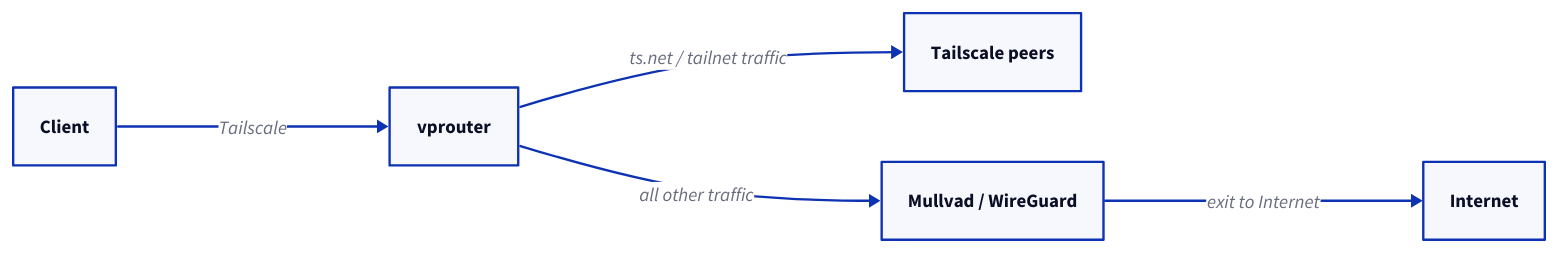
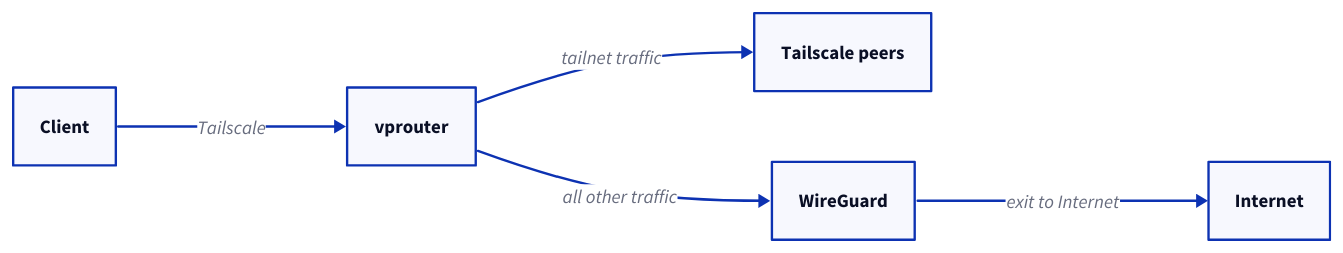
One commit to infinit1ve/vprouter changed the diagram in overview.d2. Above: the diagram before and after it, drawn with D2. The commit also changed 1 other file, not shown here.

Commit message:
Remove mention of Mullvad in the graphic

```diff
--- a/overview.d2
+++ b/overview.d2
@@ -1,14 +1,14 @@
 direction: right
 
 client: "Client"
 router: "vprouter"
 tailnet: "Tailscale peers"
-mullvad: "Mullvad / WireGuard"
+mullvad: "WireGuard"
 internet: "Internet"
 
 client -> router: "Tailscale"
 
-router -> tailnet: "ts.net / tailnet traffic"
+router -> tailnet: "tailnet traffic"
 router -> mullvad: "all other traffic"
 
 mullvad -> internet: "exit to Internet"
```
